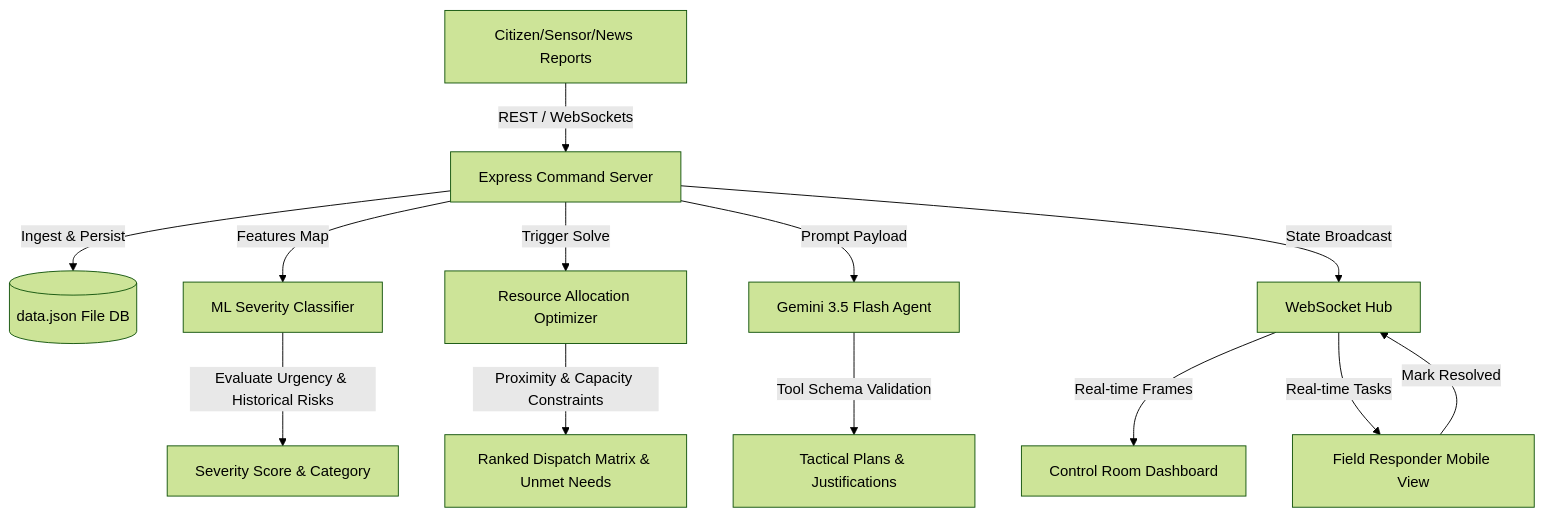
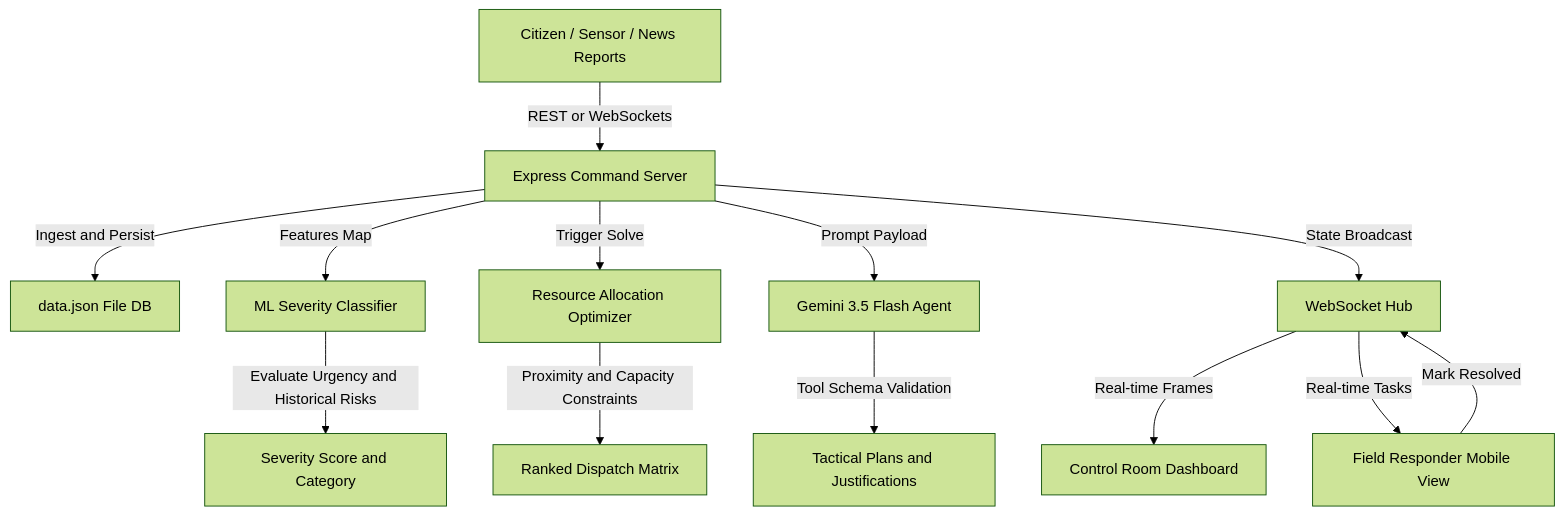
Before and after one commit to kavya3106/AI-disaster-response-and-resource-allocation-agent: the diagram in README.md, drawn with Mermaid (forest theme). The commit also changed other lines of this file, not shown here.

````diff
--- a/README.md
+++ b/README.md
@@ -10,20 +10,20 @@
 ```mermaid
 graph TD
-    A[Citizen/Sensor/News Reports] -->|REST / WebSockets| B[Express Command Server]
-    B -->|Ingest & Persist| C[(data.json File DB)]
+    A[Citizen / Sensor / News Reports] -->|REST or WebSockets| B[Express Command Server]
+    B -->|Ingest and Persist| C[data.json File DB]
     
     B -->|Features Map| D[ML Severity Classifier]
-    D -->|Evaluate Urgency & Historical Risks| D1[Severity Score & Category]
+    D -->|Evaluate Urgency and Historical Risks| D1[Severity Score and Category]
     
     B -->|Trigger Solve| E[Resource Allocation Optimizer]
-    E -->|Proximity & Capacity Constraints| E1[Ranked Dispatch Matrix & Unmet Needs]
+    E -->|Proximity and Capacity Constraints| E1[Ranked Dispatch Matrix]
     
     B -->|Prompt Payload| F[Gemini 3.5 Flash Agent]
-    F -->|Tool Schema Validation| F1[Tactical Plans & Justifications]
+    F -->|Tool Schema Validation| F1[Tactical Plans and Justifications]
     
     B -->|State Broadcast| G[WebSocket Hub]
     G -->|Real-time Frames| H[Control Room Dashboard]
     G -->|Real-time Tasks| I[Field Responder Mobile View]
     
     I -->|Mark Resolved| G
 ```
````
